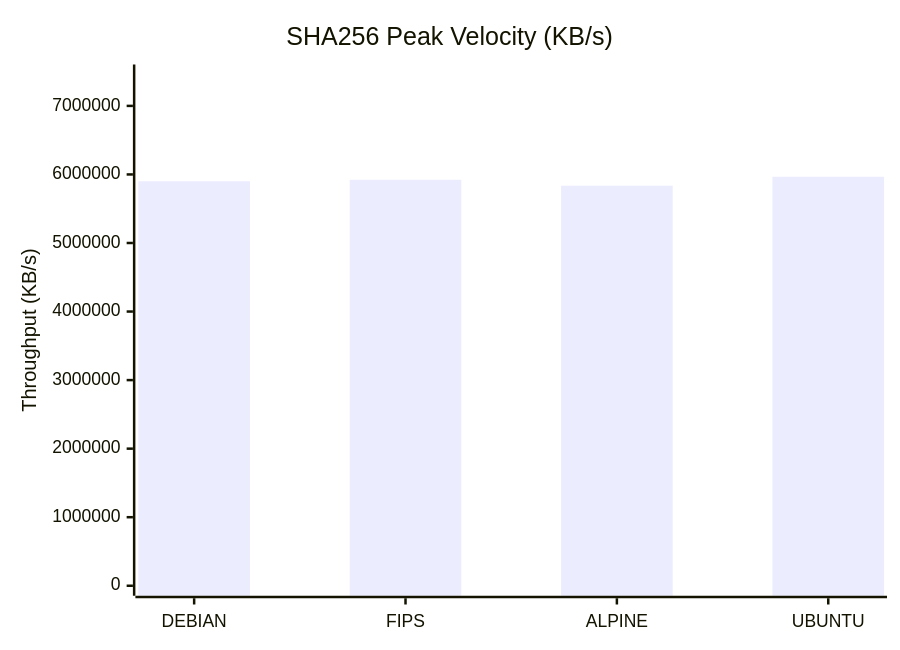
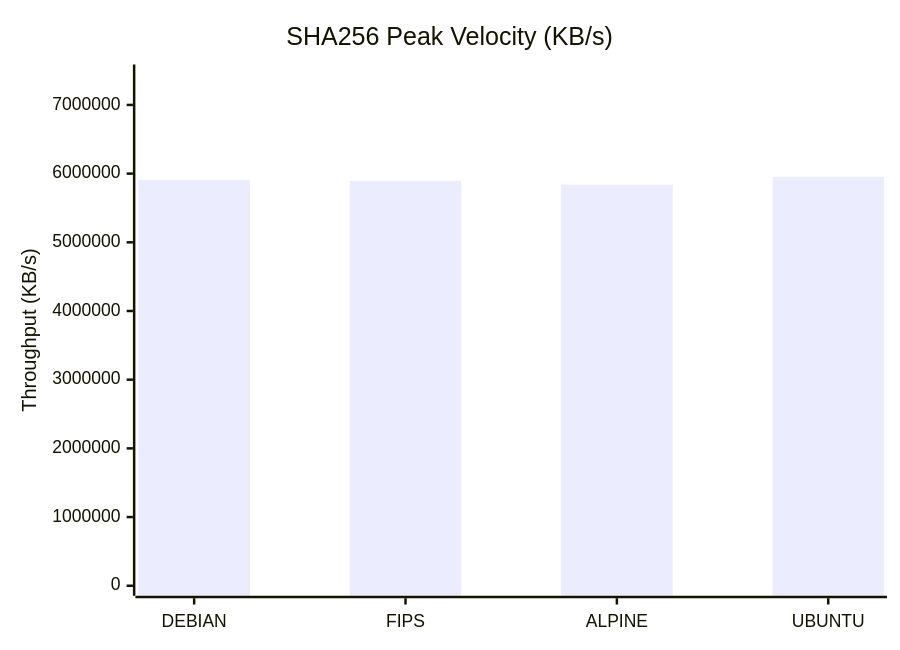
One commit to taha2samy/openssl_fips changed the second of 9 diagrams in docs/Comparison_Report.md. Above: the diagram before and after it, drawn with Mermaid. The commit also changed other lines of this file and 2 other files, not shown here.

````diff
--- a/docs/Comparison_Report.md
+++ b/docs/Comparison_Report.md
@@ -65,7 +65,7 @@
 ```mermaid
 xychart-beta
     title "SHA256 Peak Velocity (KB/s)"
     x-axis [DEBIAN, FIPS, ALPINE, UBUNTU]
-    y-axis "Throughput (KB/s)" 0 --> 7457941
-    bar [5900695.96, 5921905.05, 5835890.69, 5966353.2]
+    y-axis "Throughput (KB/s)" 0 --> 7443064
+    bar [5905694.72, 5895497.32, 5839028.22, 5954451.87]
 ```
````
